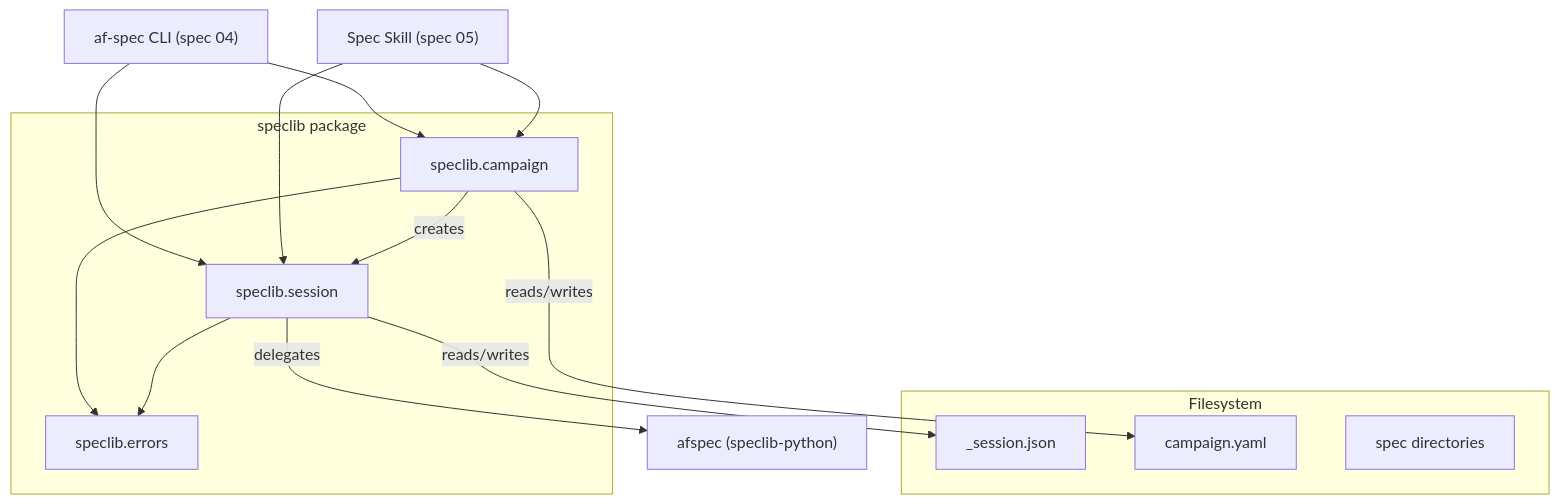
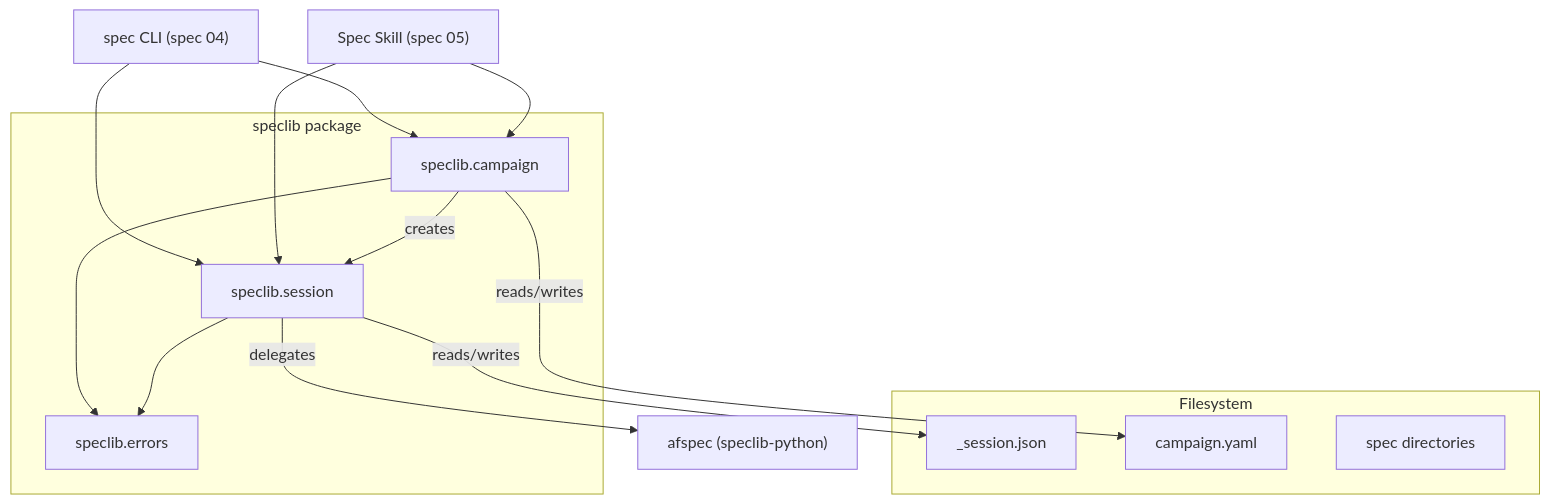
The first of 2 diagrams in .agent-fox/specs/02_campaign_session/design.md (agent-fox-dev/af-core), drawn with Mermaid before and after one commit. The commit also changed 46 other files, not shown here.

First line of the commit message:
refactor: rename af-spec CLI references to spec and update workspace to af-core

````diff
--- a/.agent-fox/specs/02_campaign_session/design.md
+++ b/.agent-fox/specs/02_campaign_session/design.md
@@ -18,27 +18,27 @@
 ```mermaid
 graph TD
-    CLI["af-spec CLI (spec 04)"] --> CAMP["speclib.campaign"]
+    CLI["spec CLI (spec 04)"] --> CAMP["speclib.campaign"]
     CLI --> SESS["speclib.session"]
     SKILL["Spec Skill (spec 05)"] --> CAMP
     SKILL --> SESS
 
     CAMP -->|creates| SESS
     SESS -->|delegates| AFSPEC["afspec (speclib-python)"]
     SESS -->|reads/writes| SJSON["_session.json"]
     CAMP -->|reads/writes| CYAML["campaign.yaml"]
 
     CAMP --> ERRORS["speclib.errors"]
     SESS --> ERRORS
 
     subgraph "speclib package"
         CAMP
         SESS
         ERRORS
     end
 
     subgraph "Filesystem"
         CYAML
         SJSON
         SPECDIR["spec directories"]
     end
 ```
````
